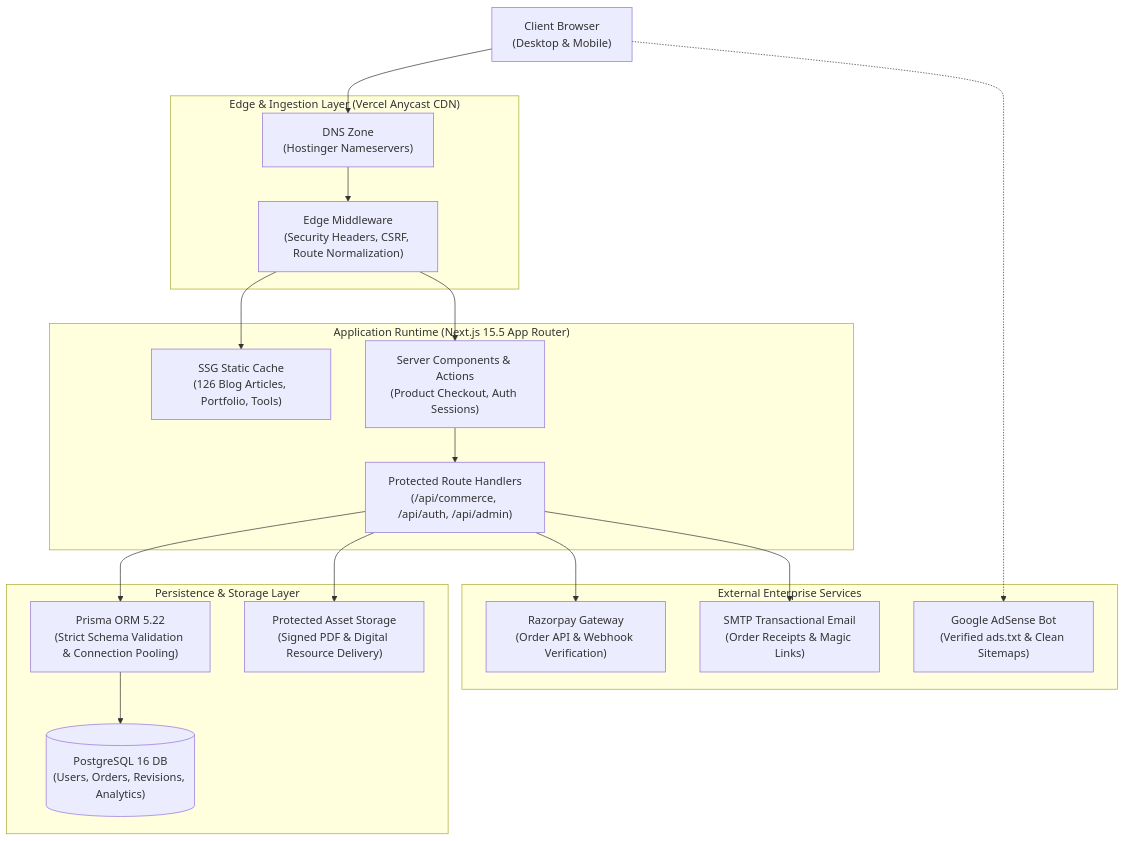
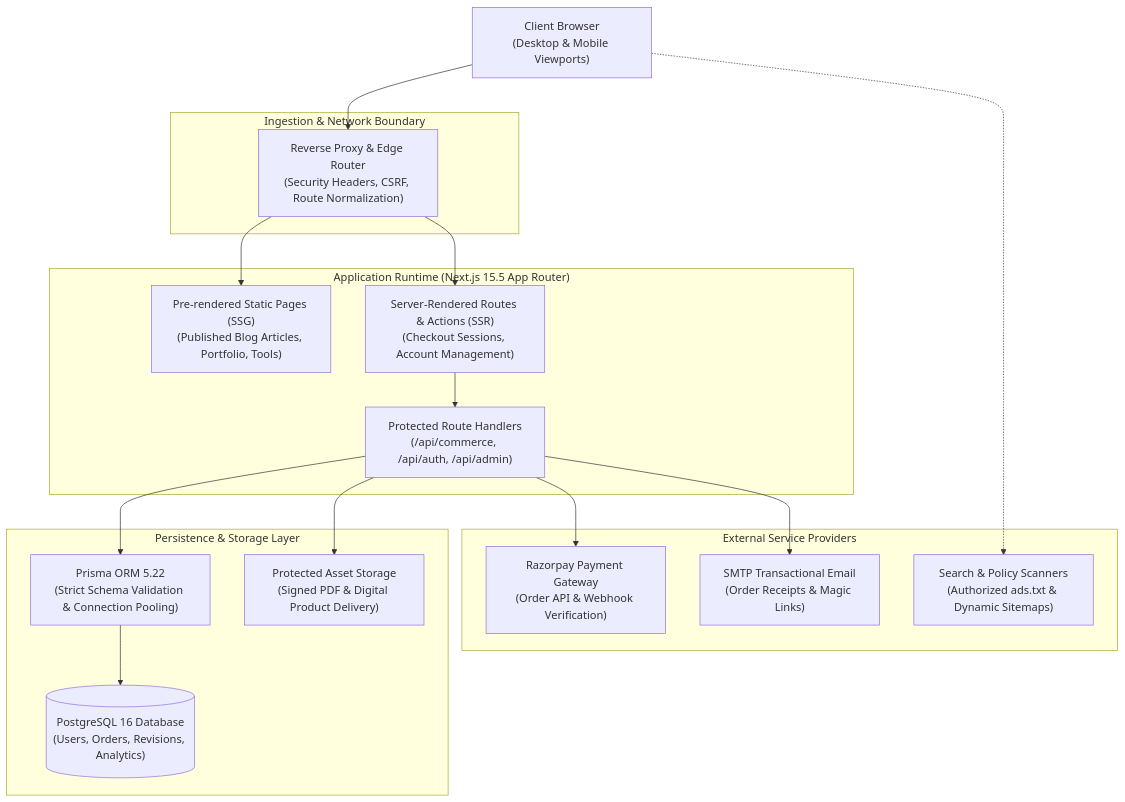
Before and after one commit to sabledattatray/Datta-Sable: the second of 2 diagrams in README.md, drawn with Mermaid. The commit also changed other lines of this file and 1 other file, not shown here.

Commit message:
docs: refine README to v3.1 with provider-neutral architecture, separated data stack, and verification report

````diff
--- a/README.md
+++ b/README.md
@@ -185,36 +177,35 @@
 ```mermaid
 flowchart TD
-    Client["Client Browser<br>(Desktop & Mobile)"]
+    Client["Client Browser<br>(Desktop & Mobile Viewports)"]
     
-    subgraph EdgeLayer["Edge & Ingestion Layer (Vercel Anycast CDN)"]
-        DNS["DNS Zone<br>(Hostinger Nameservers)"]
-        Middleware["Edge Middleware<br>(Security Headers, CSRF, Route Normalization)"]
+    subgraph IngestionLayer["Ingestion & Network Boundary"]
+        Proxy["Reverse Proxy & Edge Router<br>(Security Headers, CSRF, Route Normalization)"]
     end
 
     subgraph AppLayer["Application Runtime (Next.js 15.5 App Router)"]
-        StaticPages["SSG Static Cache<br>(126 Blog Articles, Portfolio, Tools)"]
-        DynamicRoutes["Server Components & Actions<br>(Product Checkout, Auth Sessions)"]
+        StaticPages["Pre-rendered Static Pages (SSG)<br>(Published Blog Articles, Portfolio, Tools)"]
+        DynamicRoutes["Server-Rendered Routes & Actions (SSR)<br>(Checkout Sessions, Account Management)"]
         APIs["Protected Route Handlers<br>(/api/commerce, /api/auth, /api/admin)"]
     end
 
-    subgraph IntegrationLayer["External Enterprise Services"]
-        Razorpay["Razorpay Gateway<br>(Order API & Webhook Verification)"]
+    subgraph IntegrationLayer["External Service Providers"]
+        Razorpay["Razorpay Payment Gateway<br>(Order API & Webhook Verification)"]
         Nodemailer["SMTP Transactional Email<br>(Order Receipts & Magic Links)"]
-        AdSense["Google AdSense Bot<br>(Verified ads.txt & Clean Sitemaps)"]
+        AdSense["Search & Policy Scanners<br>(Authorized ads.txt & Dynamic Sitemaps)"]
     end
 
     subgraph DataLayer["Persistence & Storage Layer"]
         Prisma["Prisma ORM 5.22<br>(Strict Schema Validation & Connection Pooling)"]
-        Postgres[("PostgreSQL 16 DB<br>(Users, Orders, Revisions, Analytics)")]
-        BlobStorage["Protected Asset Storage<br>(Signed PDF & Digital Resource Delivery)"]
+        Postgres[("PostgreSQL 16 Database<br>(Users, Orders, Revisions, Analytics)")]
+        SecureAssets["Protected Asset Storage<br>(Signed PDF & Digital Product Delivery)"]
     end
 
-    Client --> DNS --> Middleware
-    Middleware --> StaticPages & DynamicRoutes
+    Client --> Proxy
+    Proxy --> StaticPages & DynamicRoutes
     DynamicRoutes --> APIs
     APIs --> Prisma --> Postgres
     APIs --> Razorpay
     APIs --> Nodemailer
-    APIs --> BlobStorage
+    APIs --> SecureAssets
     Client -.-> AdSense
 ```
````
